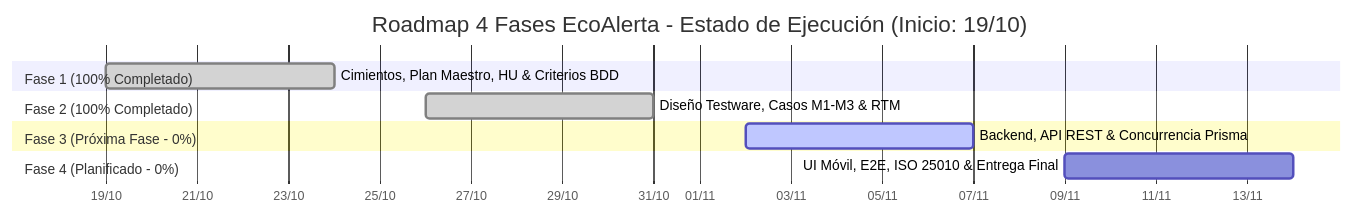
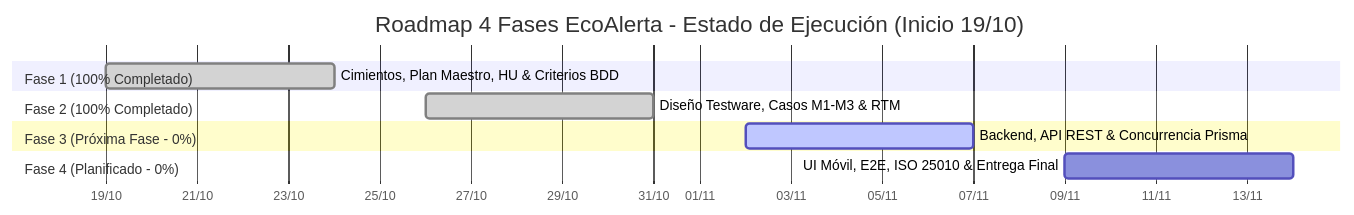
Before and after one commit to Panconmatecocido/EcoAlerta: the first of 2 diagrams in docs/testing/06_CRONOGRAMA_GANTT_EDT_CPM.md, drawn with Mermaid. The commit also changed other lines of this file, not shown here.

Commit message:
fix(docs): resolve Mermaid syntax error in Gantt diagram by removing nested colons and angle brackets

````diff
--- a/docs/testing/06_CRONOGRAMA_GANTT_EDT_CPM.md
+++ b/docs/testing/06_CRONOGRAMA_GANTT_EDT_CPM.md
@@ -16,14 +16,14 @@
 ```mermaid
 gantt
-    title Roadmap 4 Fases EcoAlerta - Estado de Ejecución (Inicio: 19/10)
+    title Roadmap 4 Fases EcoAlerta - Estado de Ejecución (Inicio 19/10)
     dateFormat  YYYY-MM-DD
     axisFormat  %d/%m
     section Fase 1 (100% Completado)
     Cimientos, Plan Maestro, HU & Criterios BDD :done, f1, 2026-10-19, 5d
     section Fase 2 (100% Completado)
     Diseño Testware, Casos M1-M3 & RTM :done, f2, 2026-10-26, 5d
     section Fase 3 (Próxima Fase - 0%)
     Backend, API REST & Concurrencia Prisma :active, f3, 2026-11-02, 5d
     section Fase 4 (Planificado - 0%)
     UI Móvil, E2E, ISO 25010 & Entrega Final :f4, 2026-11-09, 5d
 ```
````
